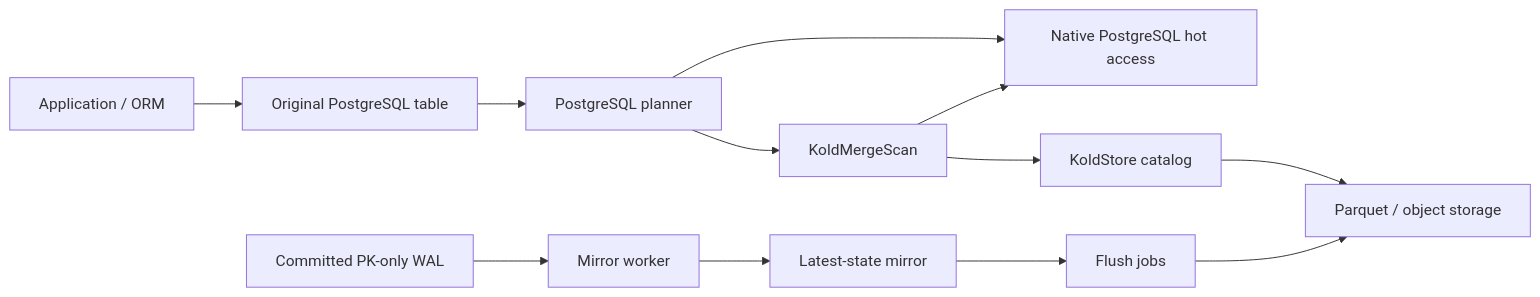
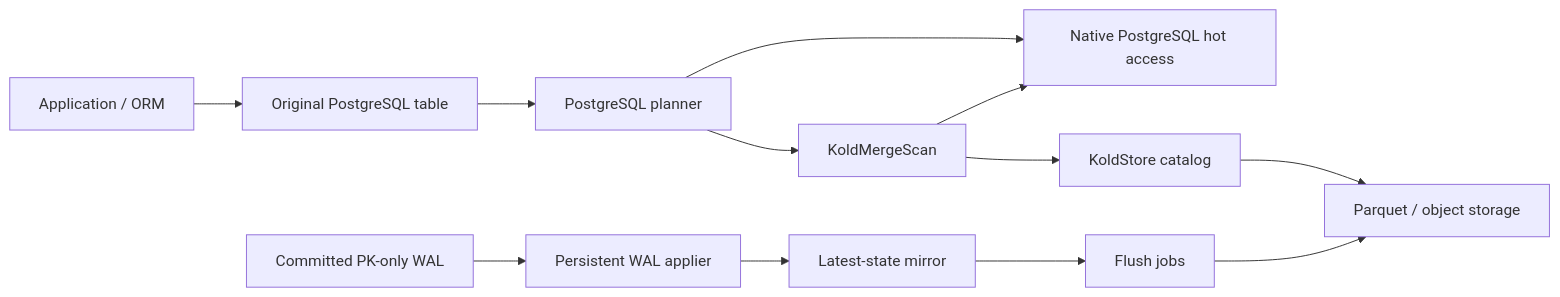
Before and after one commit to kalamdb/koldstore: the diagram in README.md, drawn with Mermaid. The commit also changed other lines of this file and 91 other files, not shown here.

First line of the commit message:
refactor: merge wal+mirror into one crate and thin pg adapters

````diff
--- a/README.md
+++ b/README.md
@@ -216,17 +216,17 @@
 ```mermaid
 flowchart LR
   App[Application / ORM] --> Table[Original PostgreSQL table]
 
   Table --> Planner[PostgreSQL planner]
   Planner --> Hot[Native PostgreSQL hot access]
   Planner --> Merge[KoldMergeScan]
 
   Merge --> Hot
   Merge --> Catalog[KoldStore catalog]
   Catalog --> Cold[Parquet / object storage]
 
-  WAL[Committed PK-only WAL] --> Worker[Mirror worker]
-  Worker --> Mirror[Latest-state mirror]
+  WAL[Committed PK-only WAL] --> Applier[Persistent WAL applier]
+  Applier --> Mirror[Latest-state mirror]
   Mirror --> Flush[Flush jobs]
   Flush --> Cold
 ```
````
